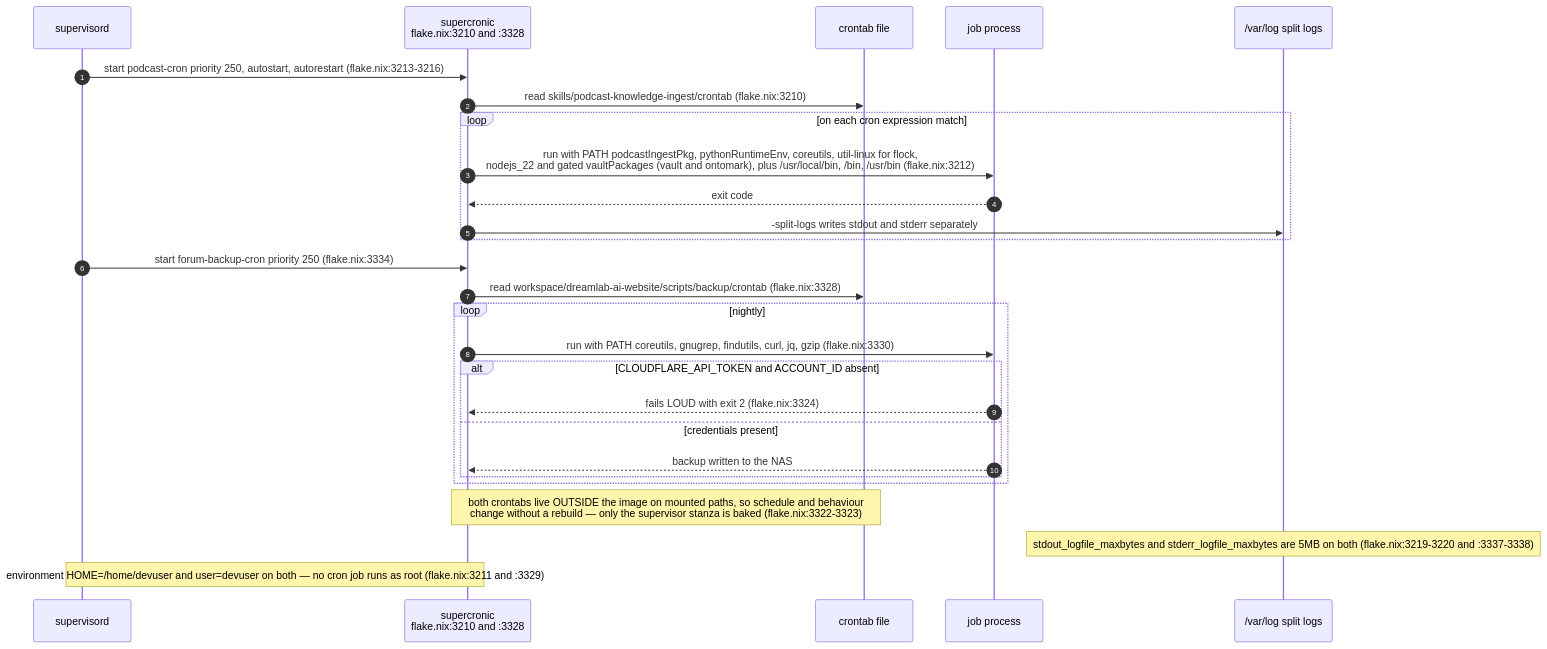
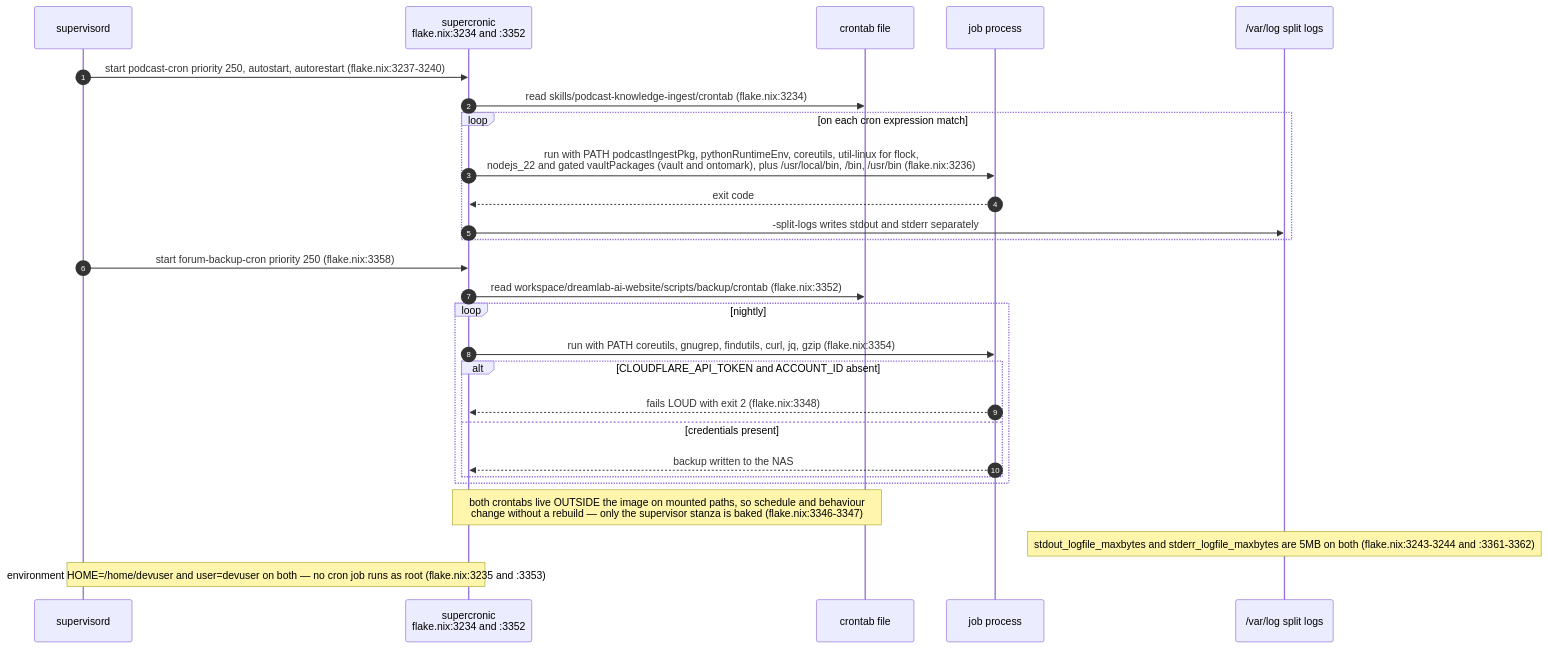
Before and after one commit to DreamLab-AI/VisionFlow: the seventh of 11 diagrams in docs/diagrams/agentbox/07-daemons-reapers-cron-backups.md, drawn with Mermaid. The commit also changed other lines of this file, not shown here.

First line of the commit message:
diagrams(agentbox): re-verify AB-07 at agentbox 59b1aca

````diff
--- a/docs/diagrams/agentbox/07-daemons-reapers-cron-backups.md
+++ b/docs/diagrams/agentbox/07-daemons-reapers-cron-backups.md
@@ -310,30 +310,30 @@
 ```mermaid
 sequenceDiagram
     autonumber
     participant SUP as supervisord
-    participant SC as supercronic<br/>flake.nix:3210 and :3328
+    participant SC as supercronic<br/>flake.nix:3234 and :3352
     participant CT as crontab file
     participant J as job process
     participant L as /var/log split logs
 
-    SUP->>SC: start podcast-cron priority 250, autostart, autorestart (flake.nix:3213-3216)
-    SC->>CT: read skills/podcast-knowledge-ingest/crontab (flake.nix:3210)
+    SUP->>SC: start podcast-cron priority 250, autostart, autorestart (flake.nix:3237-3240)
+    SC->>CT: read skills/podcast-knowledge-ingest/crontab (flake.nix:3234)
     loop on each cron expression match
-        SC->>J: run with PATH podcastIngestPkg, pythonRuntimeEnv, coreutils, util-linux for flock,<br/>nodejs_22 and gated vaultPackages (vault and ontomark), plus /usr/local/bin, /bin, /usr/bin (flake.nix:3212)
+        SC->>J: run with PATH podcastIngestPkg, pythonRuntimeEnv, coreutils, util-linux for flock,<br/>nodejs_22 and gated vaultPackages (vault and ontomark), plus /usr/local/bin, /bin, /usr/bin (flake.nix:3236)
         J-->>SC: exit code
         SC->>L: -split-logs writes stdout and stderr separately
     end
-    SUP->>SC: start forum-backup-cron priority 250 (flake.nix:3334)
-    SC->>CT: read workspace/dreamlab-ai-website/scripts/backup/crontab (flake.nix:3328)
+    SUP->>SC: start forum-backup-cron priority 250 (flake.nix:3358)
+    SC->>CT: read workspace/dreamlab-ai-website/scripts/backup/crontab (flake.nix:3352)
     loop nightly
-        SC->>J: run with PATH coreutils, gnugrep, findutils, curl, jq, gzip (flake.nix:3330)
+        SC->>J: run with PATH coreutils, gnugrep, findutils, curl, jq, gzip (flake.nix:3354)
         alt CLOUDFLARE_API_TOKEN and ACCOUNT_ID absent
-            J-->>SC: fails LOUD with exit 2 (flake.nix:3324)
+            J-->>SC: fails LOUD with exit 2 (flake.nix:3348)
         else credentials present
             J-->>SC: backup written to the NAS
         end
     end
-    Note over SC,CT: both crontabs live OUTSIDE the image on mounted paths, so schedule and behaviour<br/>change without a rebuild — only the supervisor stanza is baked (flake.nix:3322-3323)
-    Note over L: stdout_logfile_maxbytes and stderr_logfile_maxbytes are 5MB on both (flake.nix:3219-3220 and :3337-3338)
-    Note over SUP,SC: environment HOME=/home/devuser and user=devuser on both — no cron job runs as root (flake.nix:3211 and :3329)
+    Note over SC,CT: both crontabs live OUTSIDE the image on mounted paths, so schedule and behaviour<br/>change without a rebuild — only the supervisor stanza is baked (flake.nix:3346-3347)
+    Note over L: stdout_logfile_maxbytes and stderr_logfile_maxbytes are 5MB on both (flake.nix:3243-3244 and :3361-3362)
+    Note over SUP,SC: environment HOME=/home/devuser and user=devuser on both — no cron job runs as root (flake.nix:3235 and :3353)
 ```
````
